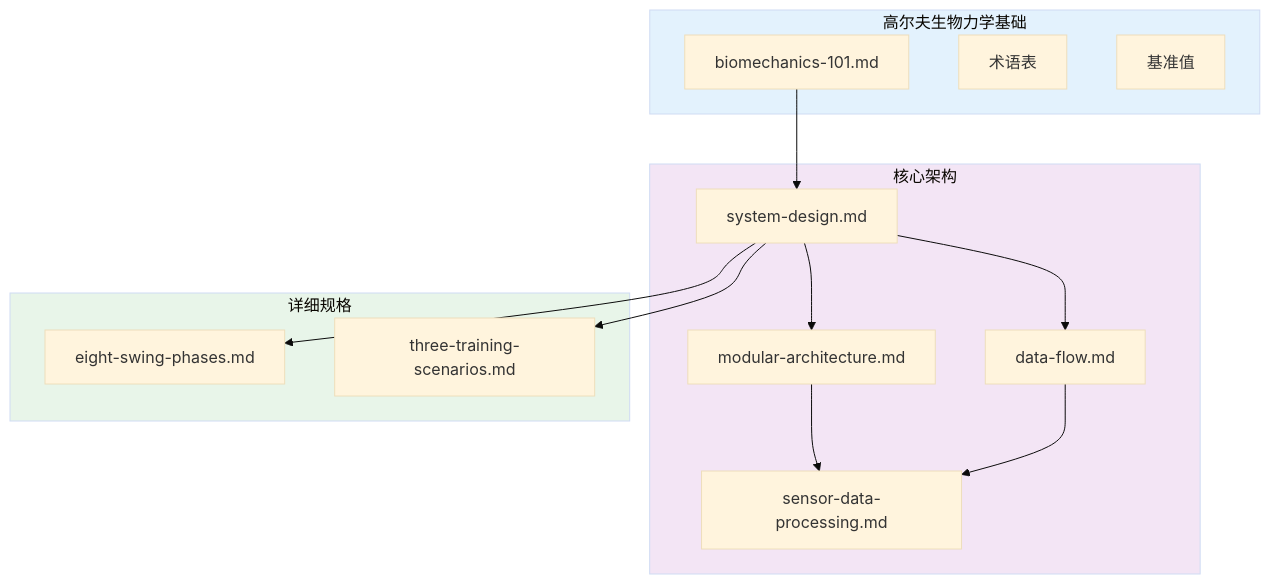
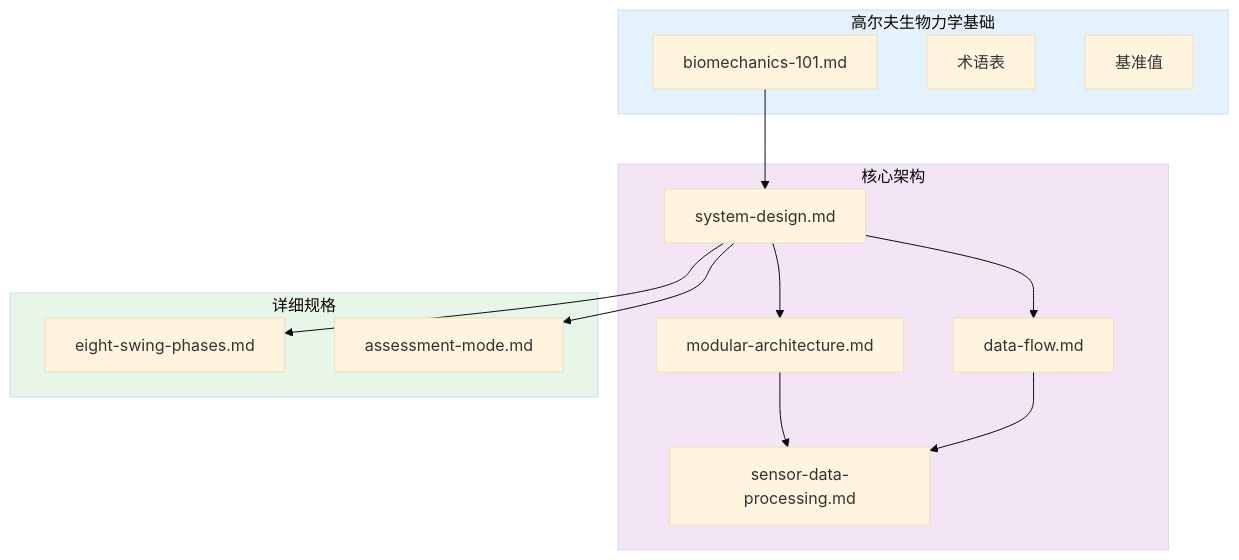
The diagram in docs/zh/design/index.md (movement-chain-ai/movement-chain-docs), drawn with Mermaid (base theme) before and after one commit. The commit also changed other lines of this file and 10 other files, not shown here.

First line of the commit message:
修复文档链接：three-training-scenarios → assessment-mode

````diff
--- a/docs/zh/design/index.md
+++ b/docs/zh/design/index.md
@@ -72,32 +72,32 @@
 ```mermaid
 graph TD
     subgraph foundations["高尔夫生物力学基础"]
         F1[biomechanics-101.md]
         F2[术语表]
         F3[基准值]
     end
 
     subgraph architecture["核心架构"]
         A1[system-design.md]
         A2[modular-architecture.md]
         A3[data-flow.md]
         A4[sensor-data-processing.md]
     end
 
     subgraph specs["详细规格"]
         S1[eight-swing-phases.md]
-        S2[three-training-scenarios.md]
+        S2[assessment-mode.md]
     end
 
     F1 --> A1
     A1 --> A2
     A1 --> A3
     A2 --> A4
     A3 --> A4
     A1 --> S1
     A1 --> S2
 
     style foundations fill:#e3f2fd
     style architecture fill:#f3e5f5
     style specs fill:#e8f5e9
 ```
````
